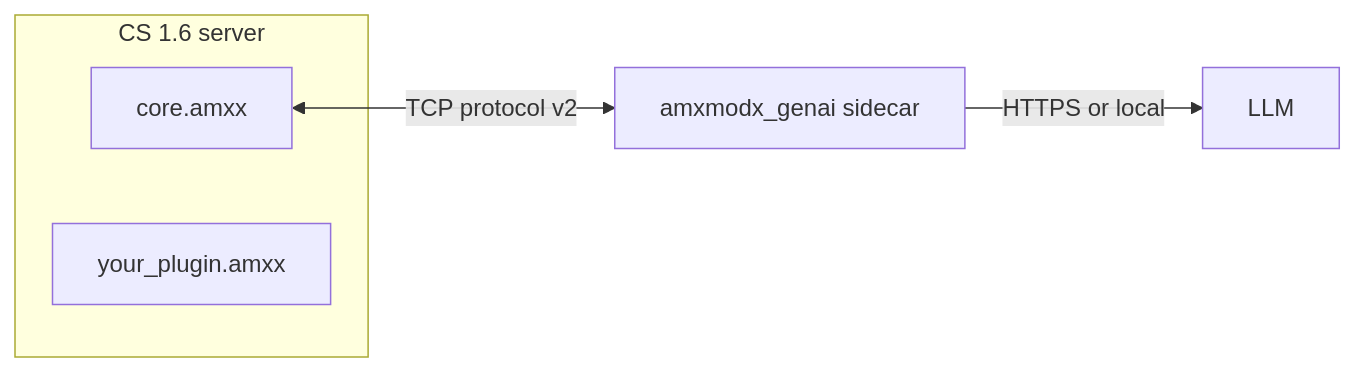
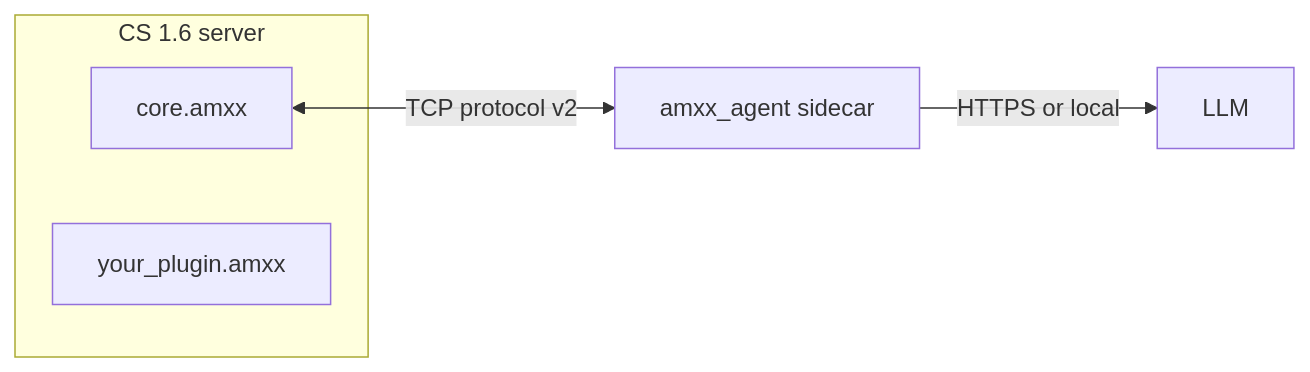
The diagram in README.md (omar-hindawi98/amxx-agent), drawn with Mermaid before and after one commit. The commit also changed other lines of this file and 90 other files, not shown here.

````diff
--- a/README.md
+++ b/README.md
@@ -17,12 +17,12 @@
 ```mermaid
 graph LR
     subgraph CS 1.6 server
         core["core.amxx"]
         plugin["your_plugin.amxx"]
     end
-    sidecar["amxmodx_genai sidecar"]
+    sidecar["amxx_agent sidecar"]
     llm["LLM"]
 
     core <-->|"TCP protocol v2"| sidecar
     sidecar -->|HTTPS or local| llm
 ```
````
